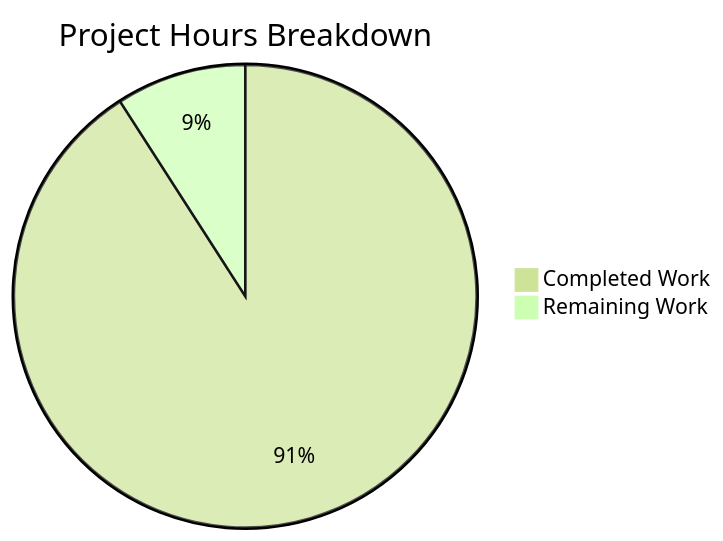
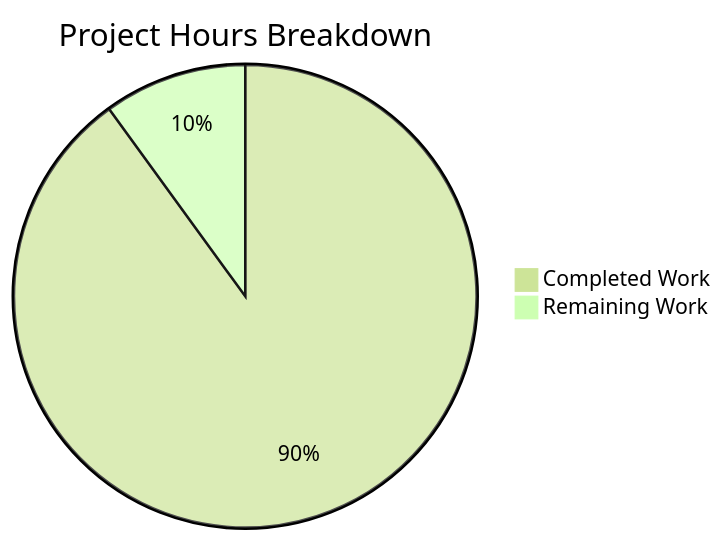
Before and after one commit to sudhanshu-spec/test-spec: the diagram in blitzy/documentation/Project Guide.md, drawn with Mermaid (forest theme). The commit also changed other lines of this file, not shown here.

````diff
--- a/blitzy/documentation/Project Guide.md
+++ b/blitzy/documentation/Project Guide.md
@@ -61,5 +62,5 @@
 ```mermaid
 pie title Project Hours Breakdown
-    "Completed Work" : 20
+    "Completed Work" : 18
     "Remaining Work" : 2
 ```
````
